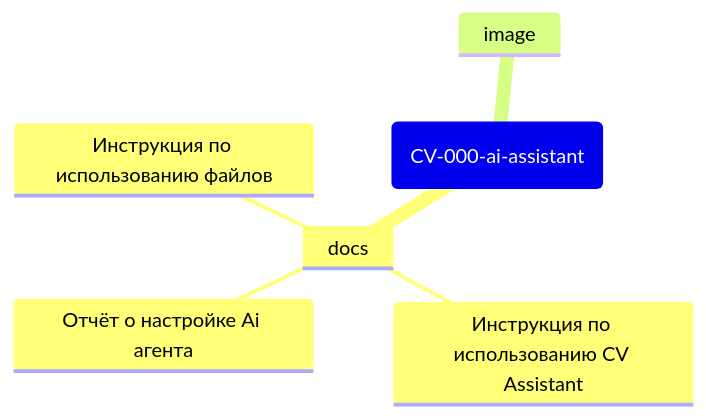
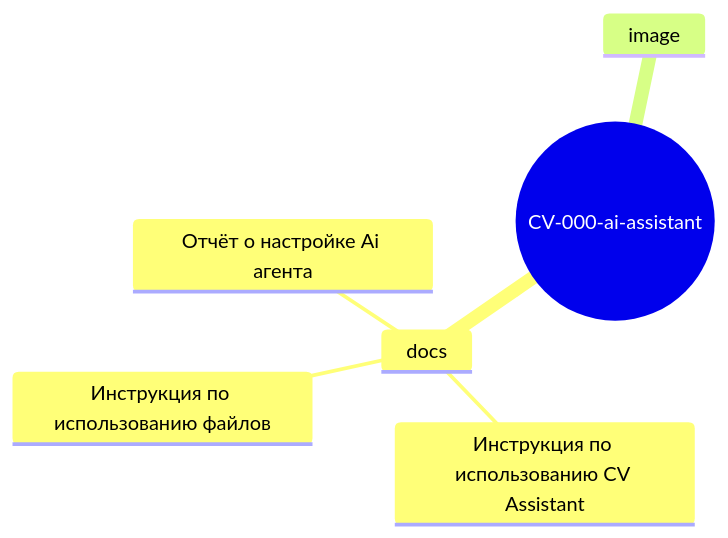
One commit to KSP-Hub/My-CV-Engineering-Projects changed the diagram in CV-000-ai-assistant/README.MD. Above: the diagram before and after it, drawn with Mermaid.

````diff
--- a/CV-000-ai-assistant/README.MD
+++ b/CV-000-ai-assistant/README.MD
@@ -133,9 +133,9 @@
 ```mermaid
 mindmap
-    root(CV-000-ai-assistant)
+    root((CV-000-ai-assistant))
         docs
             Отчёт о настройке Ai агента
             Инструкция по использованию CV Assistant
             Инструкция по использованию файлов
         image
 ```
````
